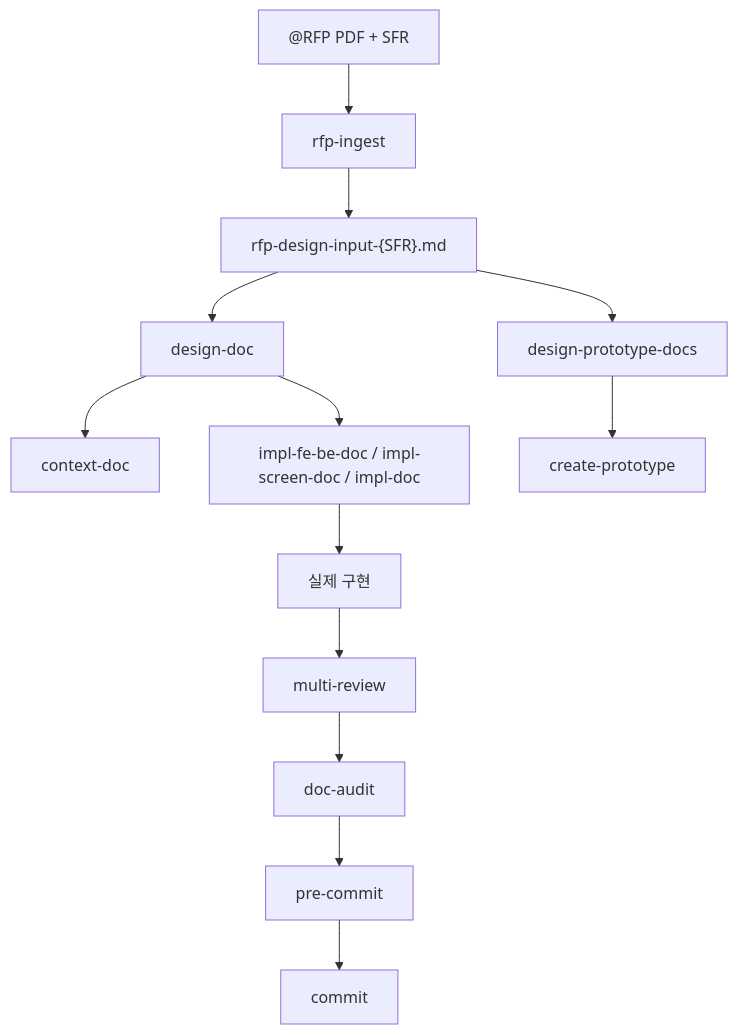
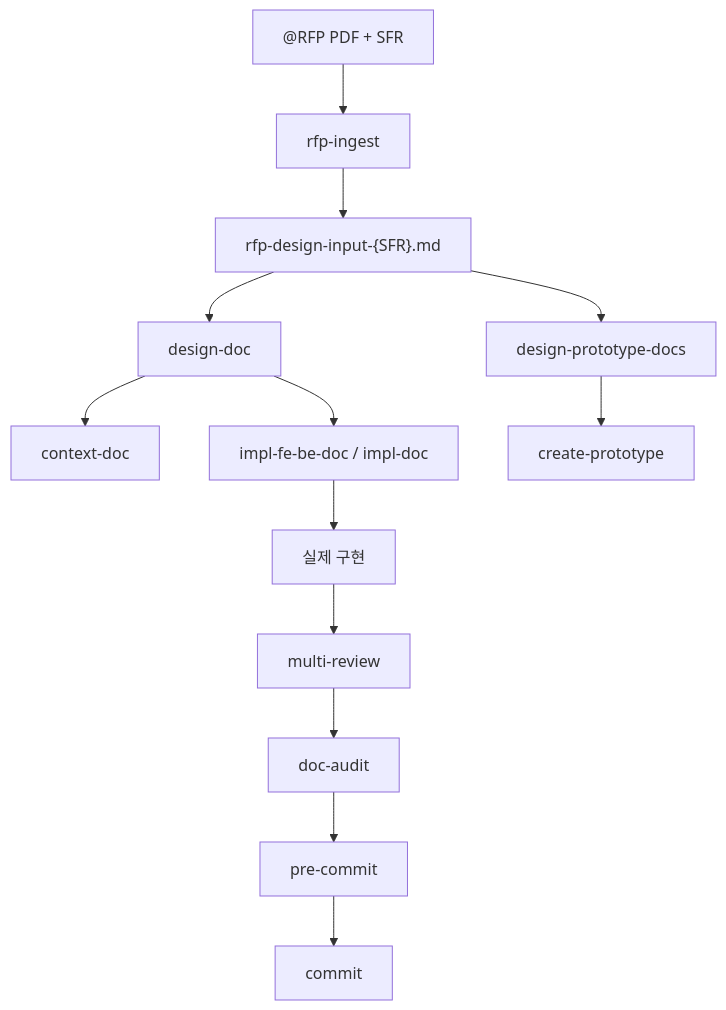
One commit to hb9397/AI_Agent_docs changed the sixth of 8 diagrams in Harness_Engineering_Intro.md. Above: the diagram before and after it, drawn with Mermaid. The commit also changed other lines of this file and 16 other files, not shown here.

````diff
--- a/Harness_Engineering_Intro.md
+++ b/Harness_Engineering_Intro.md
@@ -285,15 +281,15 @@
 ```mermaid
 flowchart TD
     A["@RFP PDF + SFR"] --> B["rfp-ingest"]
     B --> C["rfp-design-input-{SFR}.md"]
     C --> D["design-doc"]
     C --> E["design-prototype-docs"]
     D --> F["context-doc"]
-    D --> G["impl-fe-be-doc / impl-screen-doc / impl-doc"]
+    D --> G["impl-fe-be-doc / impl-doc"]
     E --> H["create-prototype"]
     G --> I["실제 구현"]
     I --> J["multi-review"]
     J --> K["doc-audit"]
     K --> L["pre-commit"]
     L --> M["commit"]
 ```
````
